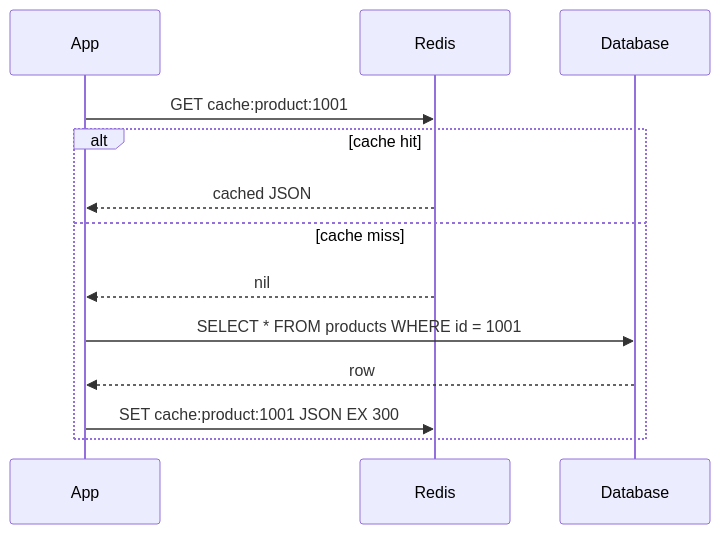
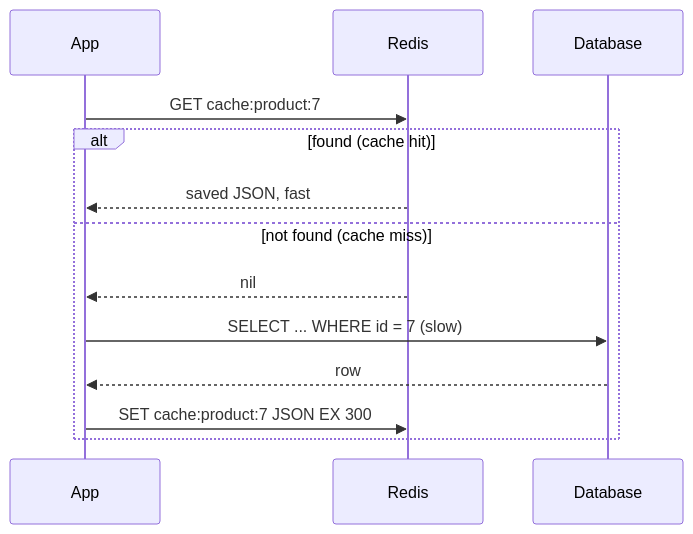
The fourth of 30 diagrams in redis.md (selvakumarperumal/Regulatory_Circular_Impact_Agent), drawn with Mermaid before and after one commit. The commit also changed other lines of this file, not shown here.

````diff
--- a/redis.md
+++ b/redis.md
@@ -351,15 +533,15 @@
 ```mermaid
 sequenceDiagram
     participant App
     participant Redis
     participant DB as Database
-    App->>Redis: GET cache:product:1001
-    alt cache hit
-        Redis-->>App: cached JSON
-    else cache miss
+    App->>Redis: GET cache:product:7
+    alt found (cache hit)
+        Redis-->>App: saved JSON, fast
+    else not found (cache miss)
         Redis-->>App: nil
-        App->>DB: SELECT * FROM products WHERE id = 1001
+        App->>DB: SELECT ... WHERE id = 7 (slow)
         DB-->>App: row
-        App->>Redis: SET cache:product:1001 JSON EX 300
+        App->>Redis: SET cache:product:7 JSON EX 300
     end
 ```
````
